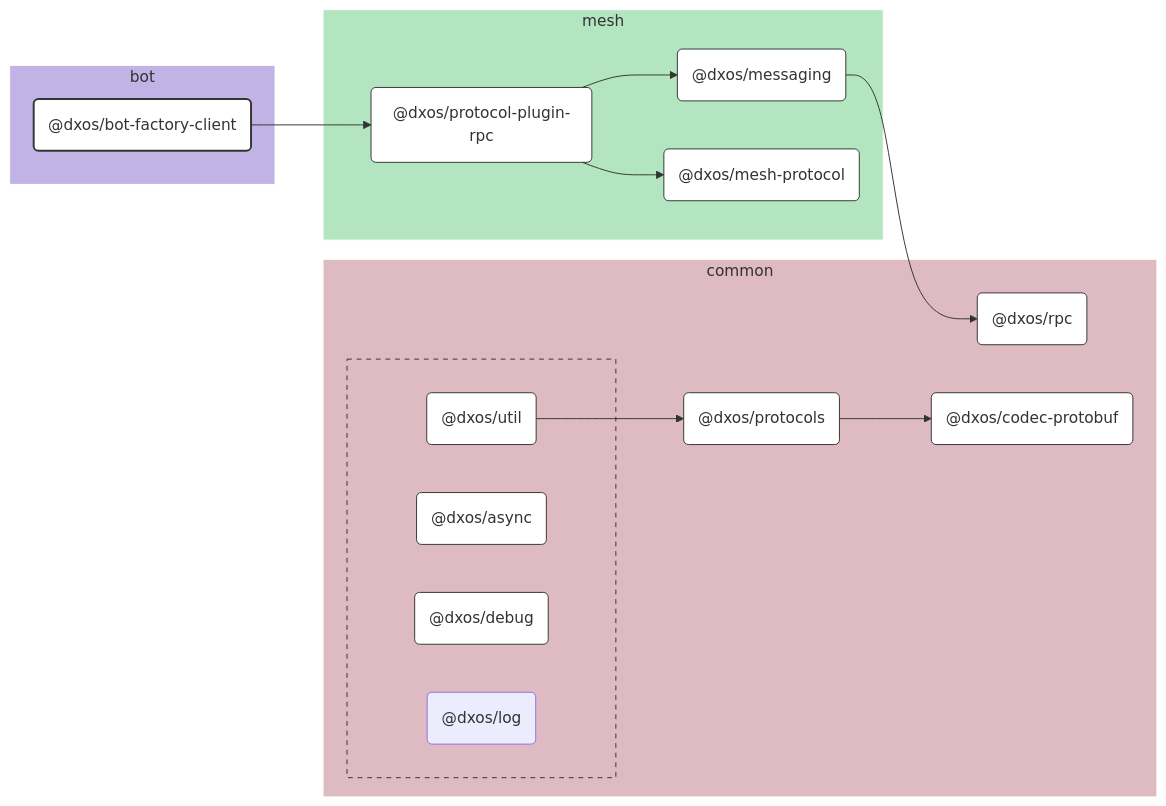
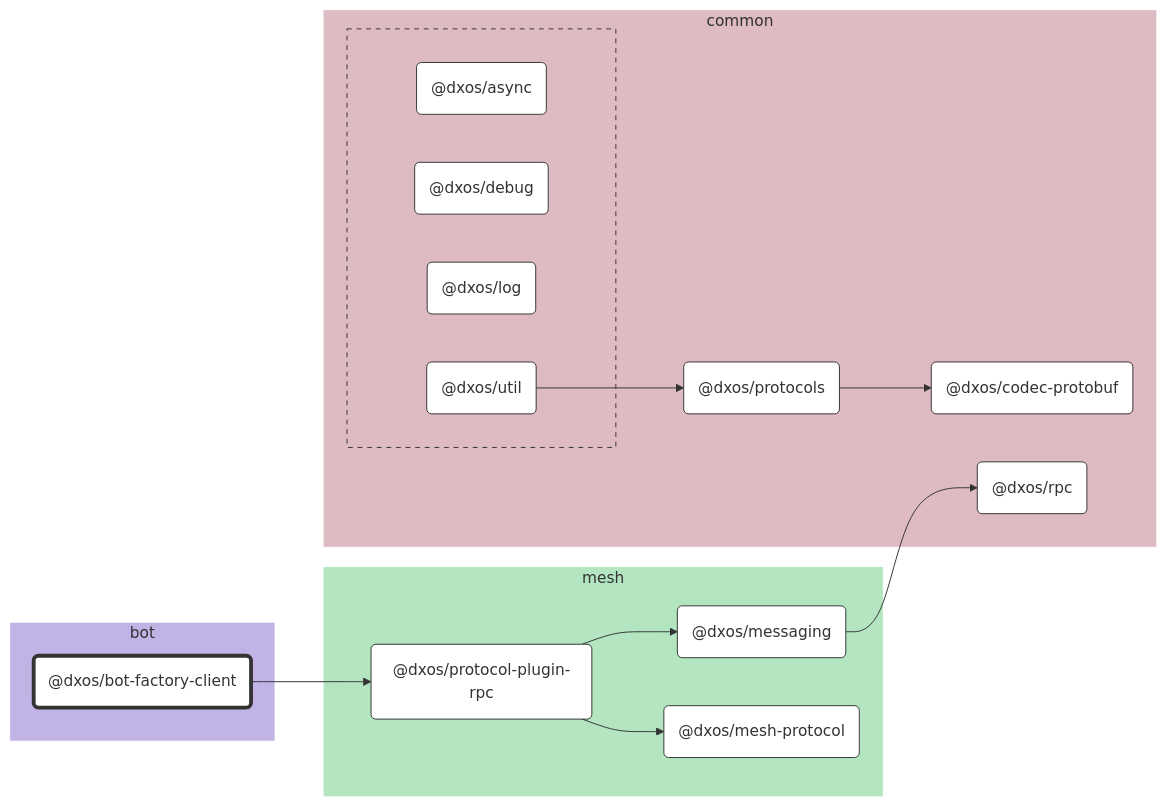
The diagram in packages/bot/bot-factory-client/docs/README.md (dxos/dxos), drawn with Mermaid before and after one commit. The commit also changed other lines of this file and 104 other files, not shown here.

````diff
--- a/packages/bot/bot-factory-client/docs/README.md
+++ b/packages/bot/bot-factory-client/docs/README.md
@@ -7,74 +7,58 @@
 ```mermaid
 %%{ init: {'flowchart':{'curve':'basis'}} }%%
 
 flowchart LR
 
-%% Links
-dxos/bot-factory-client --> dxos/protocol-plugin-rpc;
-dxos/messaging --> dxos/rpc;
-dxos/protocol-plugin-rpc --> dxos/mesh-protocol;
-dxos/protocol-plugin-rpc --> dxos/messaging;
-dxos/protocols --> dxos/codec-protobuf;
-dxos/util --> dxos/protocols;
+%% Classes
+classDef def fill:#fff,stroke:#333,stroke-width:1px
+classDef root fill:#fff,stroke:#333,stroke-width:4px
 
-%% Sections
-subgraph bot
-  style bot fill:#c2b3e6,stroke:#fff;
+%% Nodes
 
-  dxos/bot-factory-client("@dxos/bot-factory-client")
+subgraph bot [bot]
+  style bot fill:#c2b3e6,stroke:#fff
+  dxos/bot-factory-client("@dxos/bot-factory-client"):::root
+  click dxos/bot-factory-client "dxos/dxos/tree/main/packages/bot/bot-factory-client/docs"
 end
 
-subgraph common
-  style common fill:#debac2,stroke:#fff;
-
-  dxos/codec-protobuf("@dxos/codec-protobuf")
-  dxos/protocols("@dxos/protocols")
-  dxos/rpc("@dxos/rpc")
+subgraph common [common]
+  style common fill:#debac2,stroke:#fff
+  dxos/codec-protobuf("@dxos/codec-protobuf"):::def
+  click dxos/codec-protobuf "dxos/dxos/tree/main/packages/common/codec-protobuf/docs"
+  dxos/protocols("@dxos/protocols"):::def
+  click dxos/protocols "dxos/dxos/tree/main/packages/common/protocols/docs"
+  dxos/rpc("@dxos/rpc"):::def
+  click dxos/rpc "dxos/dxos/tree/main/packages/common/rpc/docs"
 
   subgraph common-excluded [ ]
-    style common-excluded fill:#debac2,stroke:#333,stroke-dasharray:5 5;
-
-    dxos/async("@dxos/async")
-    dxos/debug("@dxos/debug")
-    dxos/log("@dxos/log")
-    dxos/util("@dxos/util")
+    style common-excluded fill:#debac2,stroke:#333,stroke-dasharray:5 5
+    dxos/async("@dxos/async"):::def
+    click dxos/async "dxos/dxos/tree/main/packages/common/async/docs"
+    dxos/debug("@dxos/debug"):::def
+    click dxos/debug "dxos/dxos/tree/main/packages/common/debug/docs"
+    dxos/log("@dxos/log"):::def
+    click dxos/log "dxos/dxos/tree/main/packages/common/log/docs"
+    dxos/util("@dxos/util"):::def
+    click dxos/util "dxos/dxos/tree/main/packages/common/util/docs"
   end
 end
 
-subgraph mesh
-  style mesh fill:#b3e6c0,stroke:#fff;
-
-  dxos/mesh-protocol("@dxos/mesh-protocol")
-  dxos/messaging("@dxos/messaging")
-  dxos/protocol-plugin-rpc("@dxos/protocol-plugin-rpc")
+subgraph mesh [mesh]
+  style mesh fill:#b3e6c0,stroke:#fff
+  dxos/protocol-plugin-rpc("@dxos/protocol-plugin-rpc"):::def
+  click dxos/protocol-plugin-rpc "dxos/dxos/tree/main/packages/mesh/protocol-plugin-rpc/docs"
+  dxos/messaging("@dxos/messaging"):::def
+  click dxos/messaging "dxos/dxos/tree/main/packages/mesh/messaging/docs"
+  dxos/mesh-protocol("@dxos/mesh-protocol"):::def
+  click dxos/mesh-protocol "dxos/dxos/tree/main/packages/mesh/mesh-protocol/docs"
 end
 
-
-%% Hyperlinks
-click dxos/async "dxos/dxos/tree/main/packages/common/async/docs";
-click dxos/codec-protobuf "dxos/dxos/tree/main/packages/common/codec-protobuf/docs";
-click dxos/debug "dxos/dxos/tree/main/packages/common/debug/docs";
-click dxos/mesh-protocol "dxos/dxos/tree/main/packages/mesh/mesh-protocol/docs";
-click dxos/messaging "dxos/dxos/tree/main/packages/mesh/messaging/docs";
-click dxos/protocol-plugin-rpc "dxos/dxos/tree/main/packages/mesh/protocol-plugin-rpc/docs";
-click dxos/protocols "dxos/dxos/tree/main/packages/common/protocols/docs";
-click dxos/rpc "dxos/dxos/tree/main/packages/common/rpc/docs";
-click dxos/util "dxos/dxos/tree/main/packages/common/util/docs";
-
-%% Styles
-classDef rootNode fill:#fff,stroke:#333,stroke-width:2px
-classDef defaultNode fill:#fff,stroke:#333,stroke-width:1px
+%% Links
 linkStyle default stroke:#333,stroke-width:1px
-
-dxos/bot-factory-client:::rootNode
-
-dxos/async:::defaultNode
-dxos/codec-protobuf:::defaultNode
-dxos/debug:::defaultNode
-dxos/mesh-protocol:::defaultNode
-dxos/messaging:::defaultNode
-dxos/protocol-plugin-rpc:::defaultNode
-dxos/protocols:::defaultNode
-dxos/rpc:::defaultNode
-dxos/util:::defaultNode
+dxos/bot-factory-client --> dxos/protocol-plugin-rpc
+dxos/protocol-plugin-rpc --> dxos/messaging
+dxos/protocols --> dxos/codec-protobuf
+dxos/messaging --> dxos/rpc
+dxos/util --> dxos/protocols
+dxos/protocol-plugin-rpc --> dxos/mesh-protocol
 ```
````
